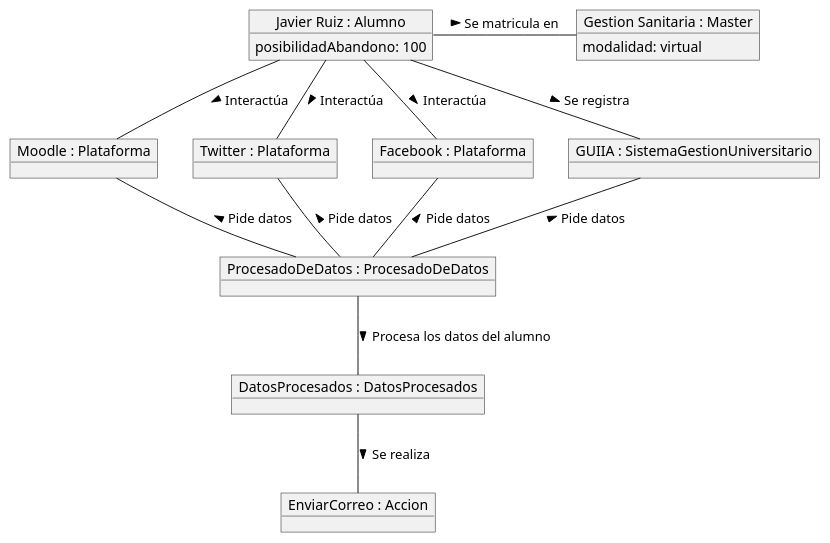
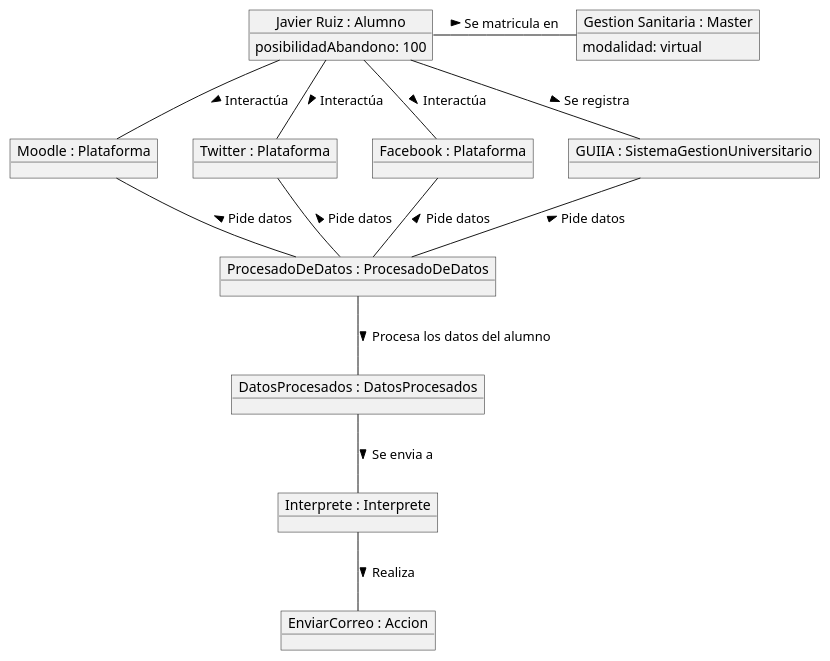
Before and after one commit to mmasias/IdSw1-22-23: the diagram in 000-entregas/Grupo1/Objetos_v2.puml, drawn with PlantUML.

```diff
--- a/000-entregas/Grupo1/Objetos_v2.puml
+++ b/000-entregas/Grupo1/Objetos_v2.puml
@@ -1,35 +1,38 @@
 @startuml Objetos
 
 object "Javier Ruiz : Alumno" as Alumno{
 posibilidadAbandono: 100
 }
 
 object "ProcesadoDeDatos : ProcesadoDeDatos" as ProcesadoDeDatos
 object "Moodle : Plataforma" as Plataforma1
 object "Twitter : Plataforma" as Plataforma2
 object "Facebook : Plataforma" as Plataforma3
 object "GUIIA : SistemaGestionUniversitario" as SistemaGestionUniversitario
 
 object "Gestion Sanitaria : Master" as Master {
 modalidad: virtual 
 }
 
+object "Interprete : Interprete" as Interprete
 object "DatosProcesados : DatosProcesados" as DatosProcesados
 object "EnviarCorreo : Accion" as Accion
 
 Alumno -r- Master : Se matricula en >
 Alumno -- Plataforma1 : Interactúa > 
 Alumno -- Plataforma2 : Interactúa > 
 Alumno -- Plataforma3 : Interactúa > 
 Alumno -d- SistemaGestionUniversitario : Se registra >
 
 ProcesadoDeDatos -- DatosProcesados : Procesa los datos del alumno >
 
 SistemaGestionUniversitario -- ProcesadoDeDatos : Pide datos <
 Plataforma1 -- ProcesadoDeDatos : Pide datos <
 Plataforma2 -- ProcesadoDeDatos : Pide datos <
 Plataforma3 -- ProcesadoDeDatos : Pide datos <
 
-DatosProcesados -- Accion : Se realiza >
+DatosProcesados -- Interprete : Se envia a  >
+
+Interprete -- Accion : Realiza >
 
 @enduml
```
